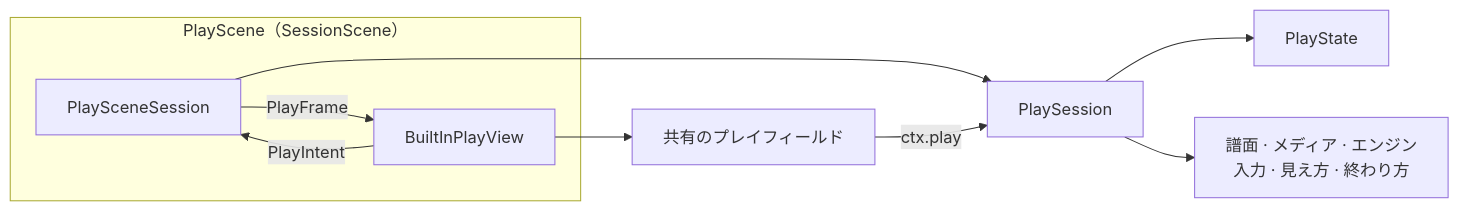
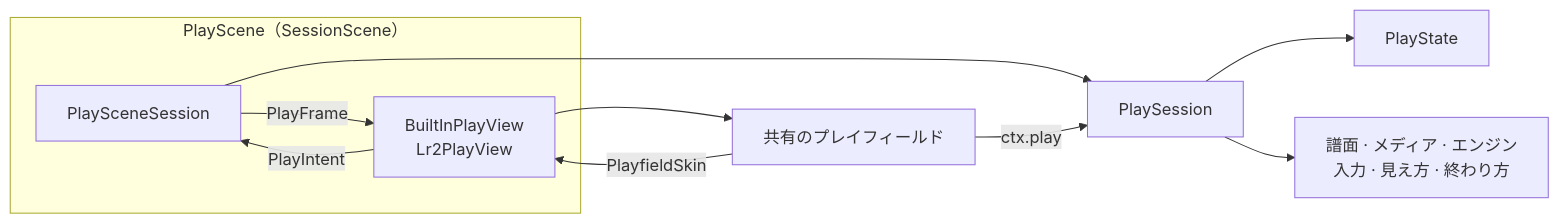
One commit to nulltask/be-music changed the tenth of 11 diagrams in docs/player-web.ja.md. Above: the diagram before and after it, drawn with Mermaid. The commit also changed other lines of this file and 5 other files, not shown here.

First line of the commit message:
docs: describe the LR2 play view and add PL7 to the P4 migration [ci skip]

````diff
--- a/docs/player-web.ja.md
+++ b/docs/player-web.ja.md
@@ -493,12 +493,13 @@
 ```mermaid
 flowchart LR
   subgraph scene["PlayScene（SessionScene）"]
-    adapter[PlaySceneSession] -->|PlayFrame| view[BuiltInPlayView]
+    adapter[PlaySceneSession] -->|PlayFrame| view["BuiltInPlayView<br/>Lr2PlayView"]
     view -->|PlayIntent| adapter
   end
   adapter --> session[PlaySession]
   session --> state[PlayState]
   session --> parts["譜面 · メディア · エンジン<br/>入力 · 見え方 · 終わり方"]
   view --> playfield[共有のプレイフィールド]
+  playfield -->|PlayfieldSkin| view
   playfield -->|ctx.play| session
 ```
````
